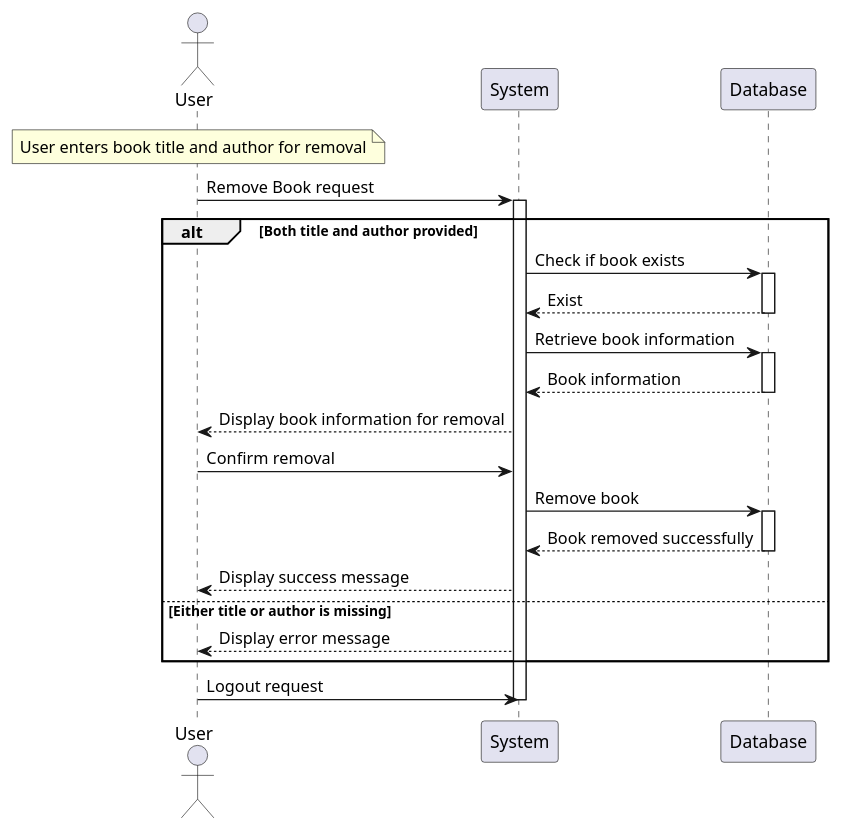
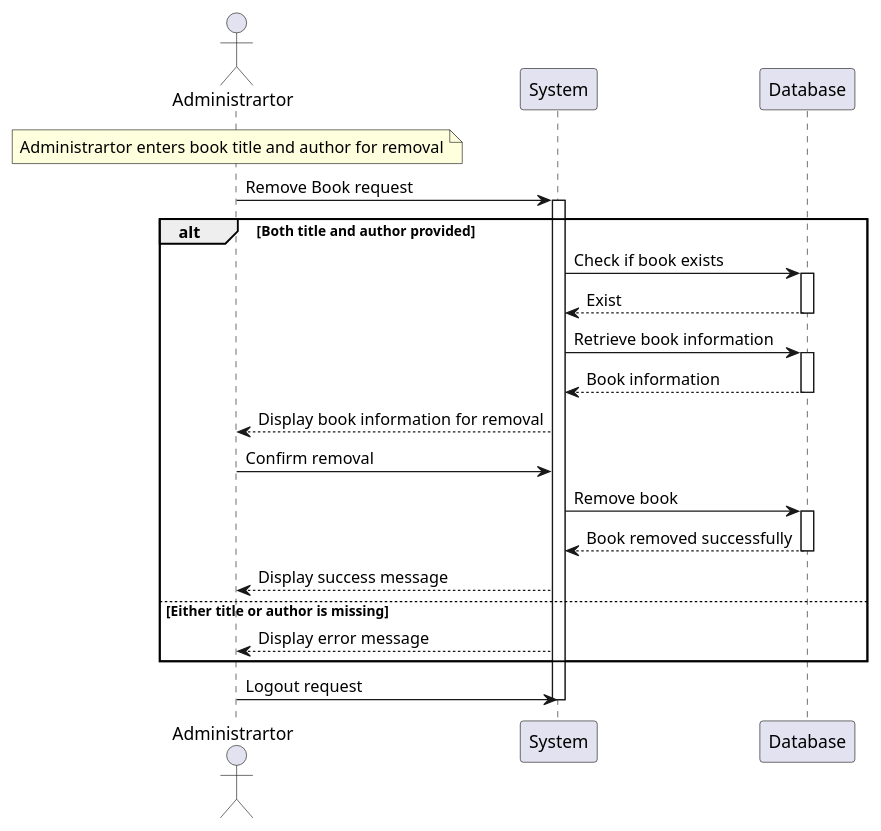
Before and after one commit to JananJavdan/BibliotheekSysteem: the diagram in src/main/java/AnalyseLibrarySystem/SequenceUseCases/Customerservice/Delete_Book.puml, drawn with PlantUML. The commit also changed 17 other files, not shown here.

```diff
--- a/src/main/java/AnalyseLibrarySystem/SequenceUseCases/Customerservice/Delete_Book.puml
+++ b/src/main/java/AnalyseLibrarySystem/SequenceUseCases/Customerservice/Delete_Book.puml
@@ -1,35 +1,35 @@
 @startuml
 
-actor User
+actor Administrartor
 
-note over User: User enters book title and author for removal
-User -> System: Remove Book request
+note over Administrartor: Administrartor enters book title and author for removal
+Administrartor -> System: Remove Book request
 activate System
 
 alt Both title and author provided
   System -> Database: Check if book exists
   activate Database
     Database --> System: Exist
   deactivate Database
 
   System -> Database: Retrieve book information
   activate Database
     Database --> System: Book information
   deactivate Database
 
-  System --> User: Display book information for removal
-  User -> System: Confirm removal
+  System --> Administrartor: Display book information for removal
+  Administrartor -> System: Confirm removal
   System -> Database: Remove book
   activate Database
     Database --> System: Book removed successfully
   deactivate Database
 
-  System --> User: Display success message
+  System --> Administrartor: Display success message
 else Either title or author is missing
-  System --> User: Display error message
+  System --> Administrartor: Display error message
 end
 
-User -> System: Logout request
+Administrartor -> System: Logout request
 deactivate System
 
 @enduml
```
